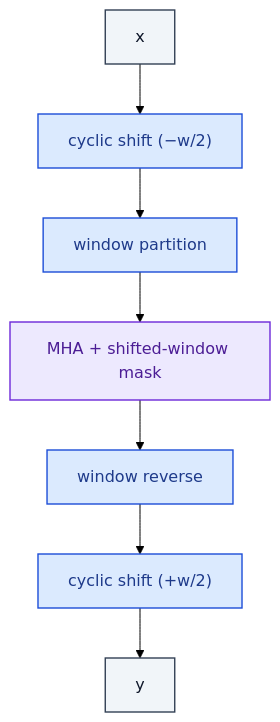
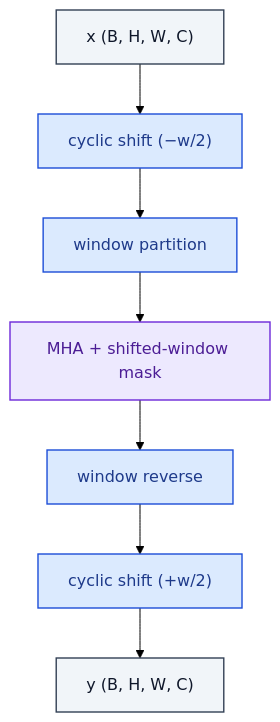
One commit to RealityShifts/Srivastava-book-of-Blocks-diagrams changed the diagram in vit/ShiftedWindowAttention.md. Above: the diagram before and after it, drawn with Mermaid (forest theme). The commit also changed 123 other files, not shown here.

````diff
--- a/vit/ShiftedWindowAttention.md
+++ b/vit/ShiftedWindowAttention.md
@@ -7,25 +7,26 @@
 ```mermaid
 flowchart TD
-    n0_0["x"]:::io
+    n0_0["x  (B, H, W, C)"]:::io
     n1_0["cyclic shift (−w/2)"]:::op
     n2_0["window partition"]:::op
     n3_0["MHA + shifted-window mask"]:::attn
     n4_0["window reverse"]:::op
     n5_0["cyclic shift (+w/2)"]:::op
-    n6_0["y"]:::io
+    n6_0["y  (B, H, W, C)"]:::io
     n0_0 --> n1_0
     n1_0 --> n2_0
     n2_0 --> n3_0
     n3_0 --> n4_0
     n4_0 --> n5_0
     n5_0 --> n6_0
     classDef io fill:#f1f5f9,stroke:#334155,stroke-width:1.4px,color:#0f172a
     classDef op fill:#dbeafe,stroke:#1d4ed8,stroke-width:1.4px,color:#1e3a8a
     classDef norm fill:#dcfce7,stroke:#15803d,stroke-width:1.4px,color:#14532d
     classDef act fill:#ffedd5,stroke:#c2410c,stroke-width:1.4px,color:#7c2d12
     classDef attn fill:#ede9fe,stroke:#6d28d9,stroke-width:1.4px,color:#4c1d95
     classDef merge fill:#fef3c7,stroke:#b45309,stroke-width:1.4px,color:#78350f
     classDef emb fill:#fef9c3,stroke:#a16207,stroke-width:1.4px,color:#713f12
     classDef loss fill:#fee2e2,stroke:#b91c1c,stroke-width:1.4px,color:#7f1d1d
     classDef ctrl fill:#f5f5f4,stroke:#52525b,stroke-width:1.4px,color:#27272a
+    classDef ref fill:#e0f2fe,stroke:#0369a1,stroke-width:2px,color:#0c4a6e,stroke-dasharray: 4 2
 ```
````
